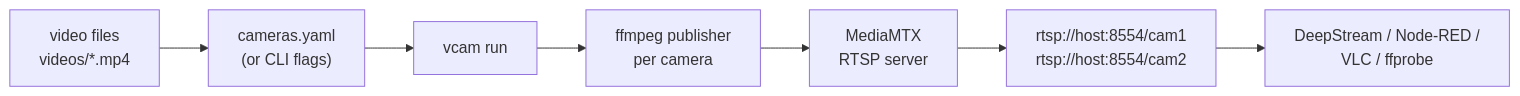
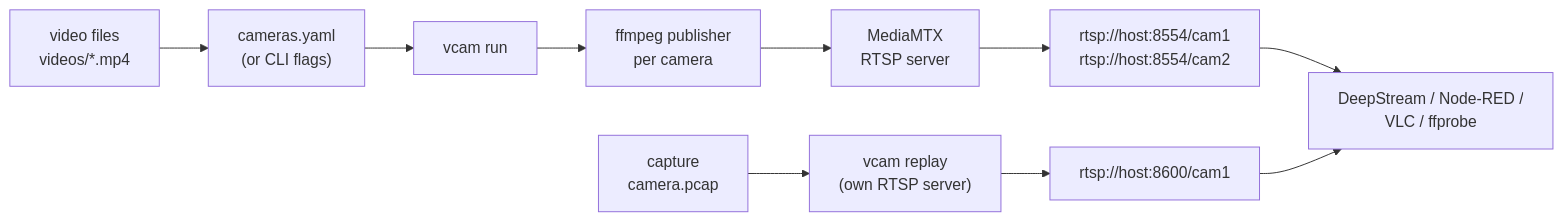
One commit to antoine-em/virtual-rtsp-camera changed the diagram in CHEATSHEET.md. Above: the diagram before and after it, drawn with Mermaid. The commit also changed other lines of this file and 49 other files, not shown here.

First line of the commit message:
Replay captured RTSP/RTP traffic byte for byte (#8)

````diff
--- a/CHEATSHEET.md
+++ b/CHEATSHEET.md
@@ -8,9 +8,12 @@
 ```mermaid
 flowchart LR
     V["video files<br/>videos/*.mp4"] --> C["cameras.yaml<br/>(or CLI flags)"]
     C --> R["vcam run"]
     R --> F["ffmpeg publisher<br/>per camera"]
     F --> M["MediaMTX<br/>RTSP server"]
     M --> U["rtsp://host:8554/cam1<br/>rtsp://host:8554/cam2"]
     U --> D["DeepStream / Node-RED /<br/>VLC / ffprobe"]
+    P["capture<br/>camera.pcap"] --> RP["vcam replay<br/>(own RTSP server)"]
+    RP --> U2["rtsp://host:8600/cam1"]
+    U2 --> D
 ```
````
